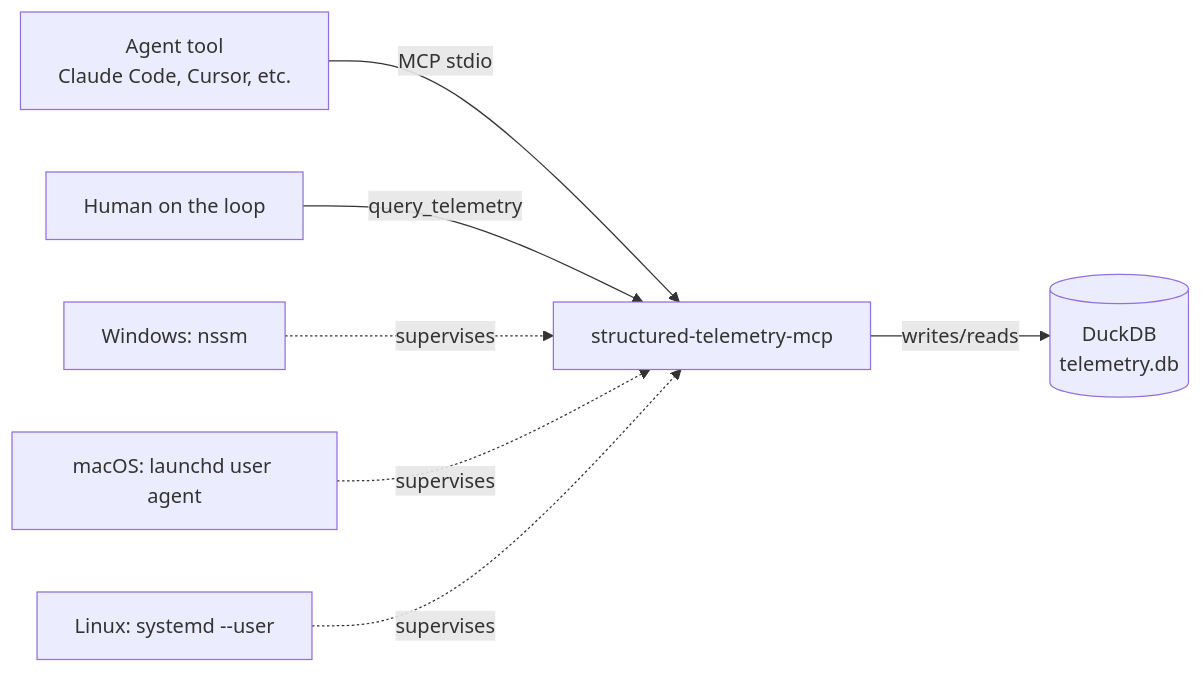
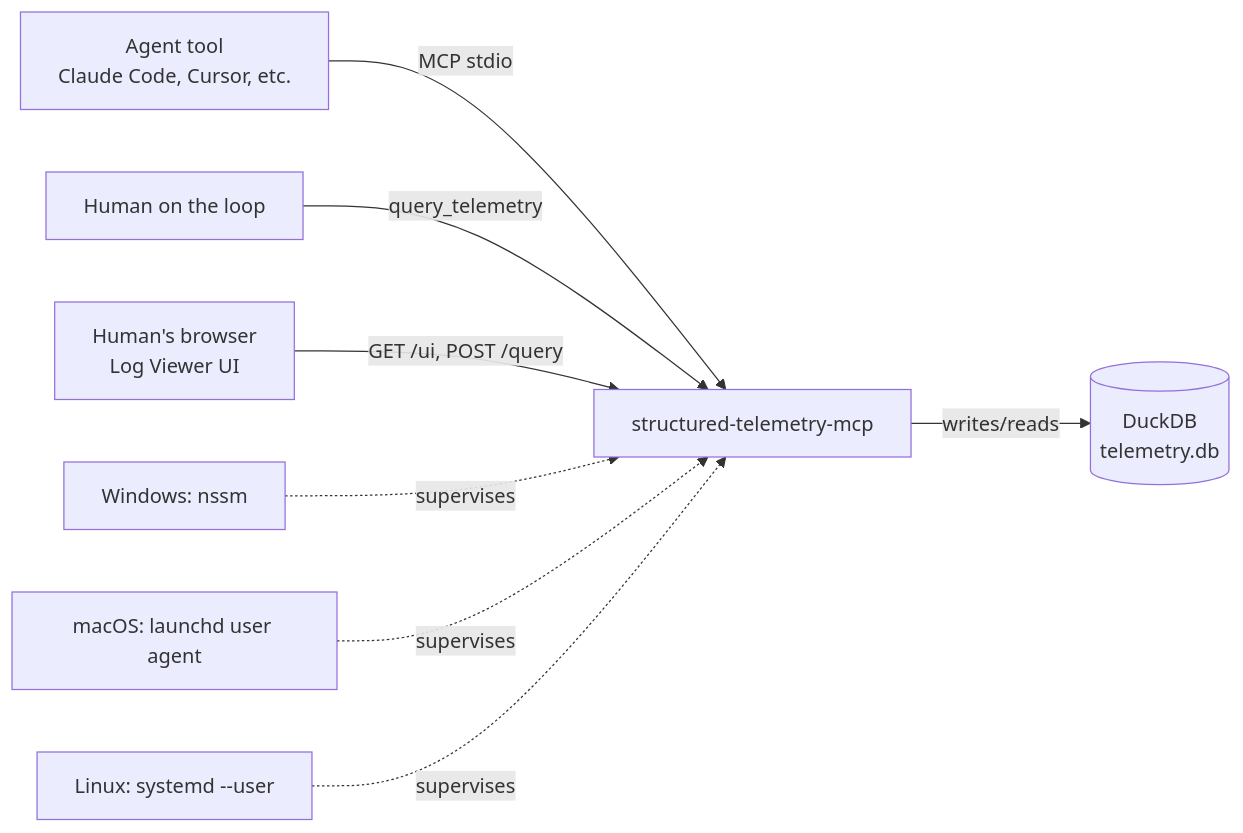
The first of 2 diagrams in docs/dependency-graph.md (planifest/structured-telemetry-mcp), drawn with Mermaid before and after one commit. The commit also changed other lines of this file and 239 other files, not shown here.

````diff
--- a/docs/dependency-graph.md
+++ b/docs/dependency-graph.md
@@ -14,10 +14,11 @@
 ```mermaid
 flowchart LR
     Agent[Agent tool<br/>Claude Code, Cursor, etc.] -->|MCP stdio| Server[structured-telemetry-mcp]
     Server -->|writes/reads| DB[(DuckDB<br/>telemetry.db)]
     Human[Human on the loop] -->|query_telemetry| Server
+    Browser[Human's browser<br/>Log Viewer UI] -->|GET /ui, POST /query| Server
 
     Windows[Windows: nssm] -.->|supervises| Server
     MacOS[macOS: launchd user agent] -.->|supervises| Server
     Linux[Linux: systemd --user] -.->|supervises| Server
 ```
````
